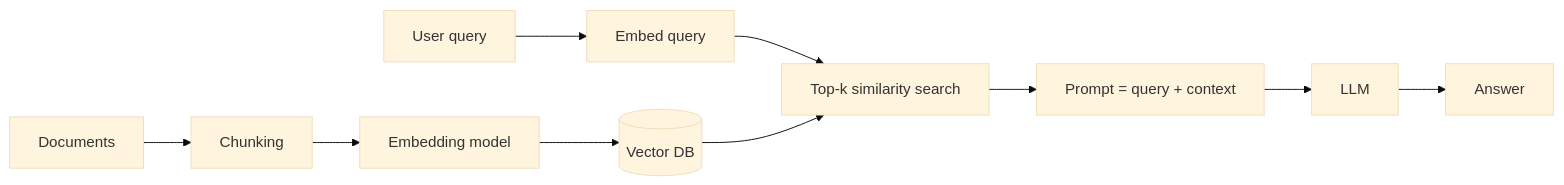
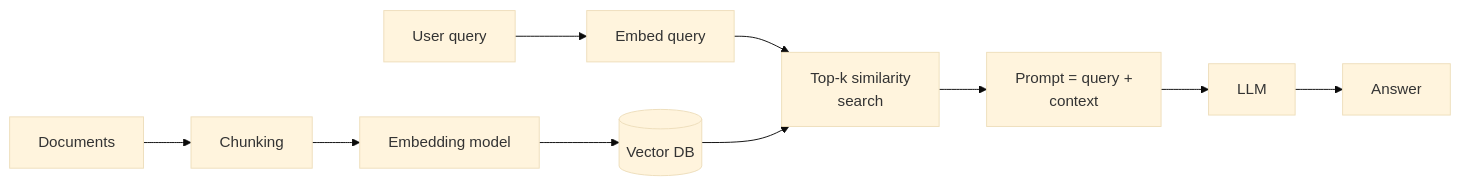
Before and after one commit to ajay-nikumbh/RAG-From-Basics-to-Production: the diagram in 01. Naive RAG/README.md, drawn with Mermaid (base theme). The commit also changed other lines of this file and 38 other files, not shown here.

First line of the commit message:
Group root README by pattern, widen tables, wrap diagram labels

````diff
--- a/01. Naive RAG/README.md
+++ b/01. Naive RAG/README.md
@@ -25,6 +25,6 @@
 ```mermaid
 flowchart LR
     D[Documents] --> C[Chunking] --> E[Embedding model] --> V[(Vector DB)]
-    Q[User query] --> QE[Embed query] --> R[Top-k similarity search]
-    V --> R --> P[Prompt = query + context] --> L[LLM] --> A[Answer]
+    Q[User query] --> QE[Embed query] --> R[Top-k similarity<br/>search]
+    V --> R --> P[Prompt = query +<br/>context] --> L[LLM] --> A[Answer]
 ```
````
